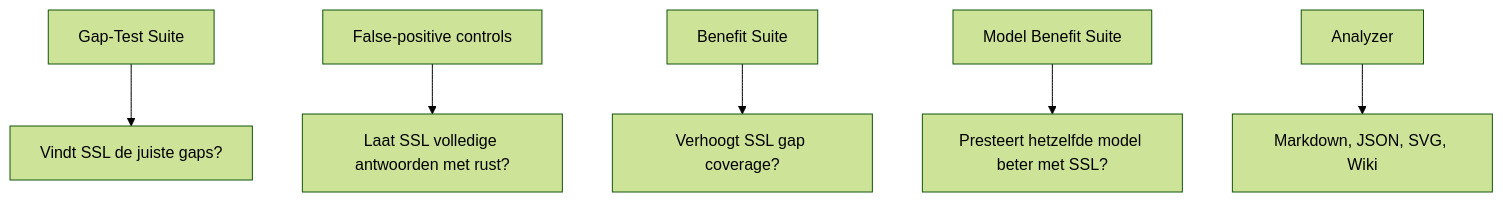
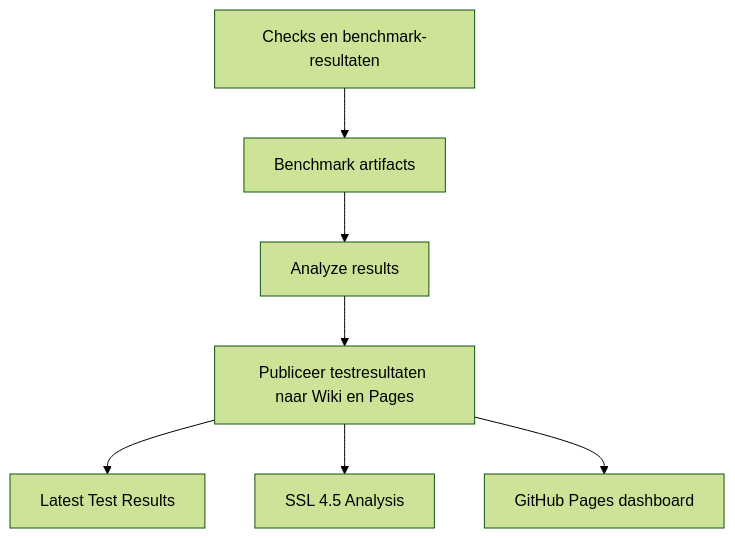
Before and after one commit to E-AI-MODEL/shadowseed: the ninth of 9 diagrams in docs/wiki/Visueel-Verhaal.md, drawn with Mermaid (forest theme). The commit also changed other lines of this file, not shown here.

Commit message:
Align visual story wiki page with current status routes

````diff
--- a/docs/wiki/Visueel-Verhaal.md
+++ b/docs/wiki/Visueel-Verhaal.md
@@ -172,8 +174,9 @@
 ```mermaid
 flowchart TD
-    A[Gap-Test Suite] --> B[Vindt SSL de juiste gaps?]
-    C[False-positive controls] --> D[Laat SSL volledige antwoorden met rust?]
-    E[Benefit Suite] --> F[Verhoogt SSL gap coverage?]
-    G[Model Benefit Suite] --> H[Presteert hetzelfde model beter met SSL?]
-    I[Analyzer] --> J[Markdown, JSON, SVG, Wiki]
+    A[Checks en benchmark-resultaten] --> B[Benchmark artifacts]
+    B --> C[Analyze results]
+    C --> D[Publiceer testresultaten naar Wiki en Pages]
+    D --> E[Latest Test Results]
+    D --> F[SSL 4.5 Analysis]
+    D --> G[GitHub Pages dashboard]
 ```
````
